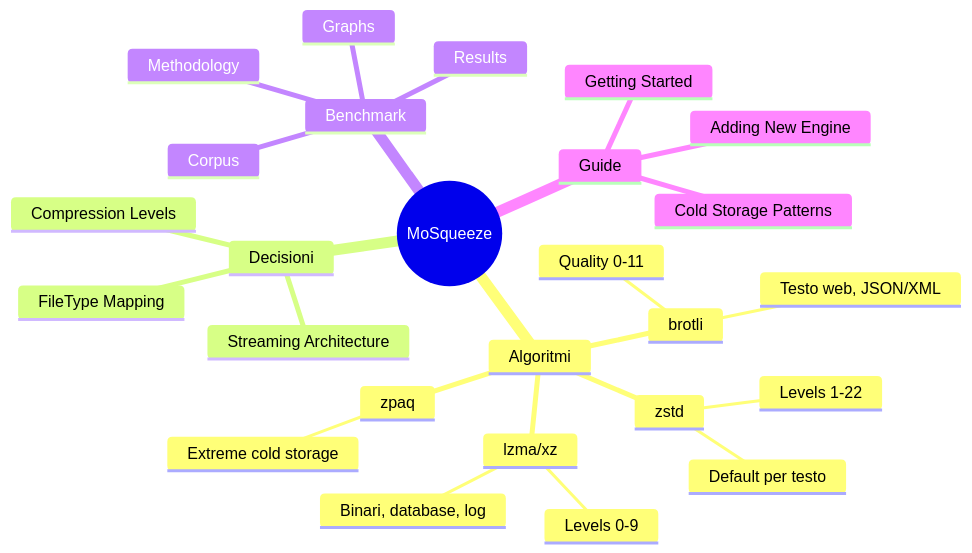
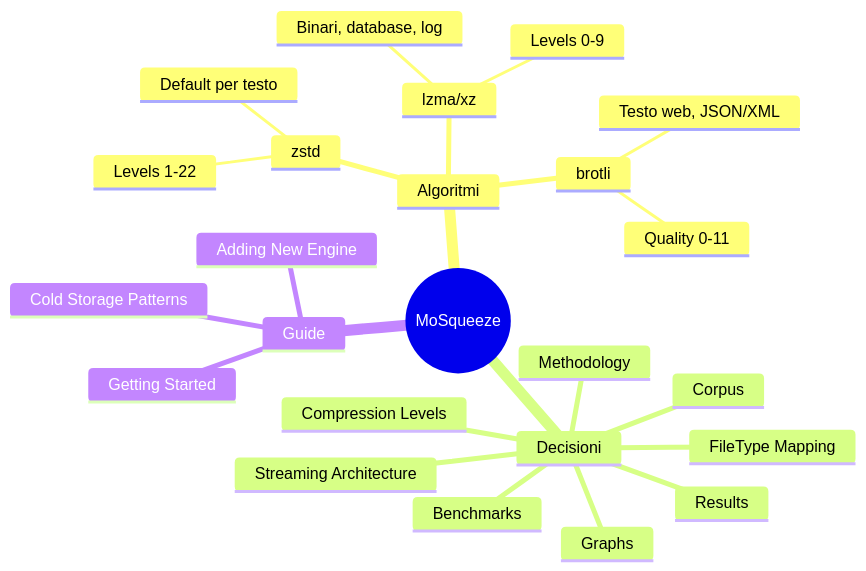
The diagram in docs/wiki/index.md (fathorMB/MoSqueeze), drawn with Mermaid before and after one commit. The commit also changed other lines of this file and 21 other files, not shown here.

````diff
--- a/docs/wiki/index.md
+++ b/docs/wiki/index.md
@@ -11,29 +11,27 @@
 ```mermaid
 mindmap
   root((MoSqueeze))
     Algoritmi
       zstd
         Default per testo
         Levels 1-22
       lzma/xz
           Binari, database, log
           Levels 0-9
       brotli
           Testo web, JSON/XML
           Quality 0-11
-      zpaq
-          Extreme cold storage
     Decisioni
       FileType Mapping
       Streaming Architecture
       Compression Levels
-    Benchmark
+      Benchmarks
       Methodology
       Corpus
       Results
       Graphs
     Guide
       Getting Started
       Adding New Engine
       Cold Storage Patterns
 ```
````
